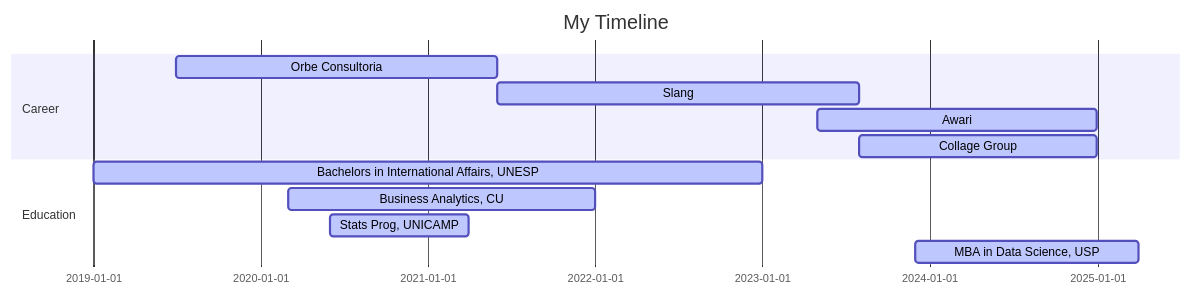
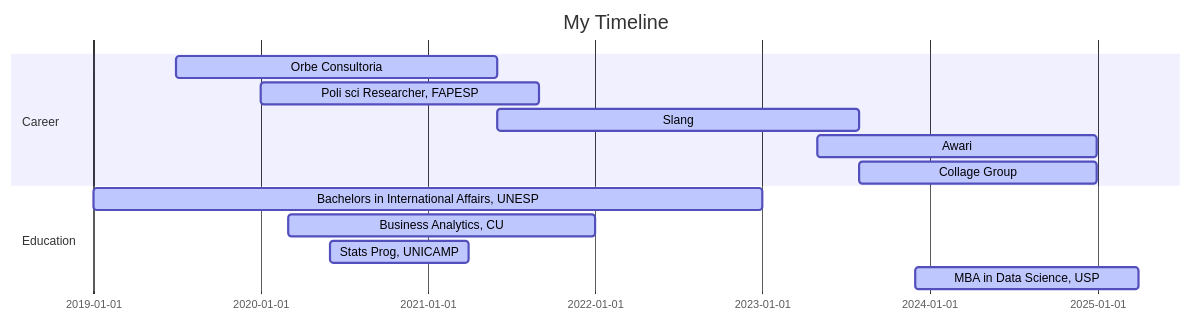
One commit to ViniciusARZ/ViniciusARZ changed the diagram in README.md. Above: the diagram before and after it, drawn with Mermaid.

````diff
--- a/README.md
+++ b/README.md
@@ -9,18 +9,19 @@
 ```mermaid
 
 gantt
 dateFormat  YYYY-MM-DD
 title My Timeline
 
 section Career
 Orbe Consultoria           :active,, 2019-07-01,2021-06-01
+Poli sci Researcher, FAPESP           :active,, 2020-01-01,2021-09-01
 Slang         :active,, 2021-06-01,2023-08-01
 Awari       :active,, 2023-05-01,2024-12-31
 Collage Group       :active,, 2023-08-01,2024-12-31
 
 section Education
 Bachelors in International Affairs, UNESP             :active,, 2019-01-01,2022-12-31
 Business Analytics, CU             :active,, 2020-03-01,2021-12-31
 Stats Prog, UNICAMP             :active,, 2020-06-01,2021-03-31
 MBA in Data Science, USP             :active,, 2023-12-01,2025-04-01
 ```
````
